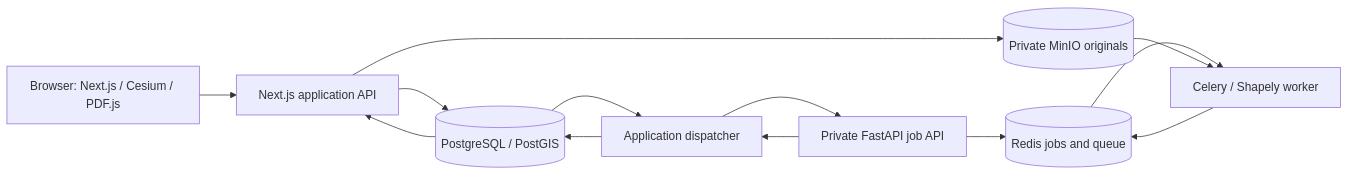
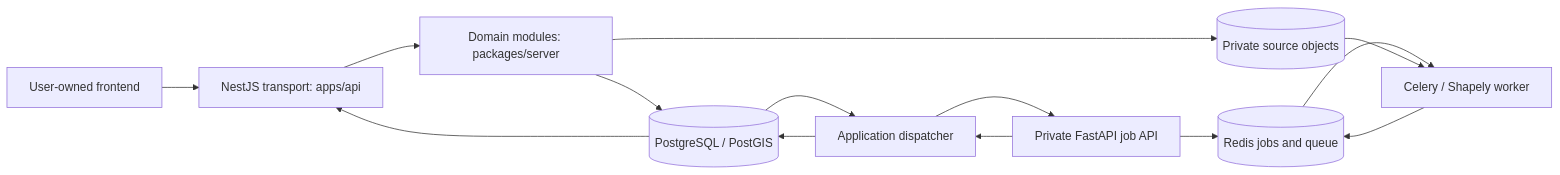
Before and after one commit to Vinayak1337/3d-ulpin: the diagram in docs/ARCHITECTURE.md, drawn with Mermaid. The commit also changed other lines of this file and 12 other files, not shown here.

Commit message:
Correct generated request and geometry schemas and current startup docs

````diff
--- a/docs/ARCHITECTURE.md
+++ b/docs/ARCHITECTURE.md
@@ -7,15 +7,17 @@
 ```mermaid
 flowchart LR
-  UI[Browser: Next.js / Cesium / PDF.js] --> API[Next.js application API]
-  API --> DB[(PostgreSQL / PostGIS)]
-  API --> S3[(Private MinIO originals)]
+  UI[User-owned frontend] --> API[NestJS transport: apps/api]
+  API --> DOMAIN[Domain modules: packages/server]
+  DOMAIN --> DB
+  DB[(PostgreSQL / PostGIS)]
+  DOMAIN --> S3[(Private source objects)]
   DB --> D[Application dispatcher]
   D --> G[Private FastAPI job API]
   G --> R[(Redis jobs and queue)]
   R --> W[Celery / Shapely worker]
   S3 --> W
   W --> R
   G --> D
   D --> DB
   DB --> API
 ```
````
